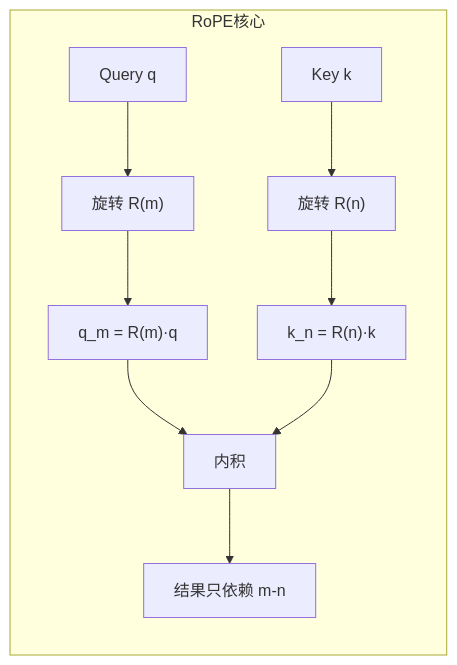
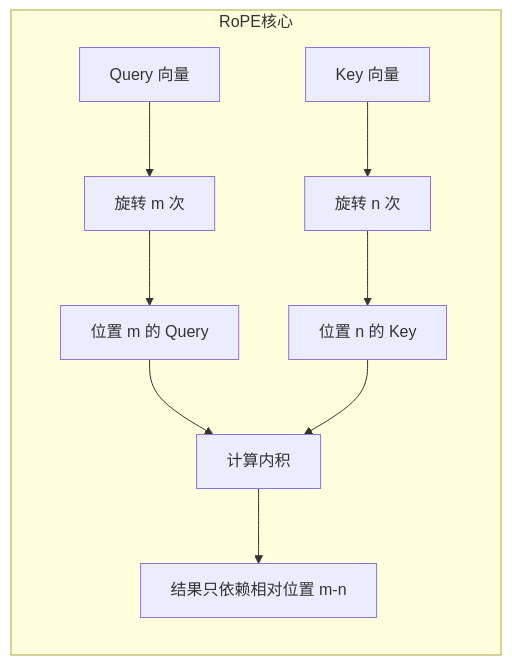
Before and after one commit to Xunzhuo/mini-sglang: the eighth of 15 diagrams in learning/website/docs/basics/04-positional-encoding.md, drawn with Mermaid. The commit also changed other lines of this file and 9 other files, not shown here.

````diff
--- a/learning/website/docs/basics/04-positional-encoding.md
+++ b/learning/website/docs/basics/04-positional-encoding.md
@@ -235,14 +178,14 @@
 ```mermaid
 graph LR
     subgraph RoPE核心
-        Q["Query q"] --> R1["旋转 R(m)"]
-        R1 --> QM["q_m = R(m)·q"]
+        Q["Query 向量"] --> R1["旋转 m 次"]
+        R1 --> QM["位置 m 的 Query"]
         
-        K["Key k"] --> R2["旋转 R(n)"]
-        R2 --> KN["k_n = R(n)·k"]
+        K["Key 向量"] --> R2["旋转 n 次"]
+        R2 --> KN["位置 n 的 Key"]
         
-        QM --> DOT["内积"]
+        QM --> DOT["计算内积"]
         KN --> DOT
-        DOT --> RE["结果只依赖 m-n"]
+        DOT --> RE["结果只依赖相对位置 m-n"]
     end
 ```
````
